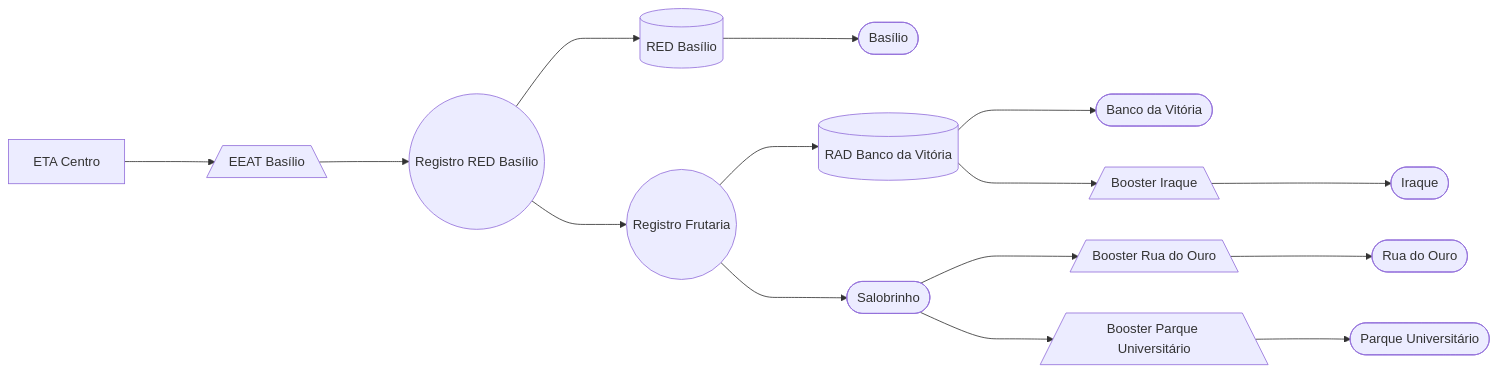
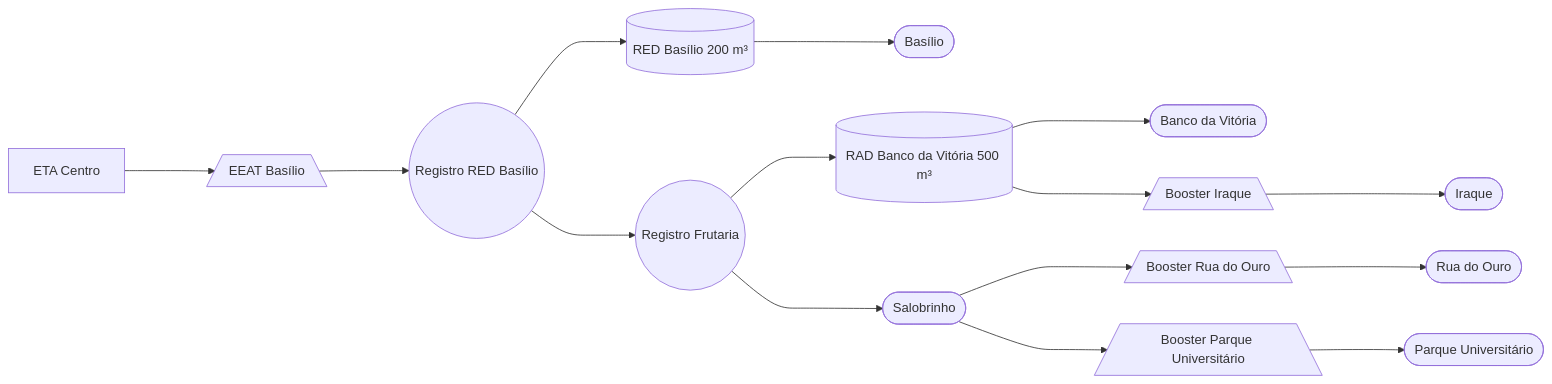
The diagram in ETA Centro/Basílio/Basílio.md (iagovls/CCO-Documentation), drawn with Mermaid before and after one commit.

````diff
--- a/ETA Centro/Basílio/Basílio.md
+++ b/ETA Centro/Basílio/Basílio.md
@@ -20,52 +20,52 @@
 ```mermaid
 flowchart LR
         
     ETA["ETA Centro"]    
 
     EEATBasilio[/"EEAT Basílio"\] 
     
     RegistroRedBasilio(("Registro RED Basílio")) 
     
     RegistroFrutaria(("Registro Frutaria"))
     
-    RedBasilio[("RED Basílio")]
+    RedBasilio[("RED Basílio 200 m³")]
    
-    RadBancoDaVitoria[("RAD Banco da Vitória")]
+    RadBancoDaVitoria[("RAD Banco da Vitória 500 m³")]
     
     BoosterIraque[/"Booster Iraque"\]
     
     Basilio(["Basílio"])
     
     BancoDaVitoria(["Banco da Vitória"])
     
     Iraque(["Iraque"])
     
     Salobrinho(["Salobrinho"])
     
     RuaDoOuro(["Rua do Ouro"])
    
     ParqueUniversitario(["Parque Universitário"])
     
     BoosterRuaDoOuro[/"Booster Rua do Ouro"\]
     
     BoosterParqueUniversitario[/"Booster Parque Universitário"\]   
 
 
     %% Ligações
     ETA ---> EEATBasilio
     EEATBasilio ---> RegistroRedBasilio
     RegistroRedBasilio ---> RedBasilio
     RegistroRedBasilio ---> RegistroFrutaria
     RedBasilio ---> Basilio
     RegistroFrutaria ---> RadBancoDaVitoria
     RadBancoDaVitoria ---> BancoDaVitoria
     RadBancoDaVitoria ---> BoosterIraque
     BoosterIraque ---> Iraque
     RegistroFrutaria ---> Salobrinho
     Salobrinho ---> BoosterRuaDoOuro
     Salobrinho ---> BoosterParqueUniversitario       
     BoosterRuaDoOuro---> RuaDoOuro       
     BoosterParqueUniversitario ---> ParqueUniversitario       
        
     
 ```
````
